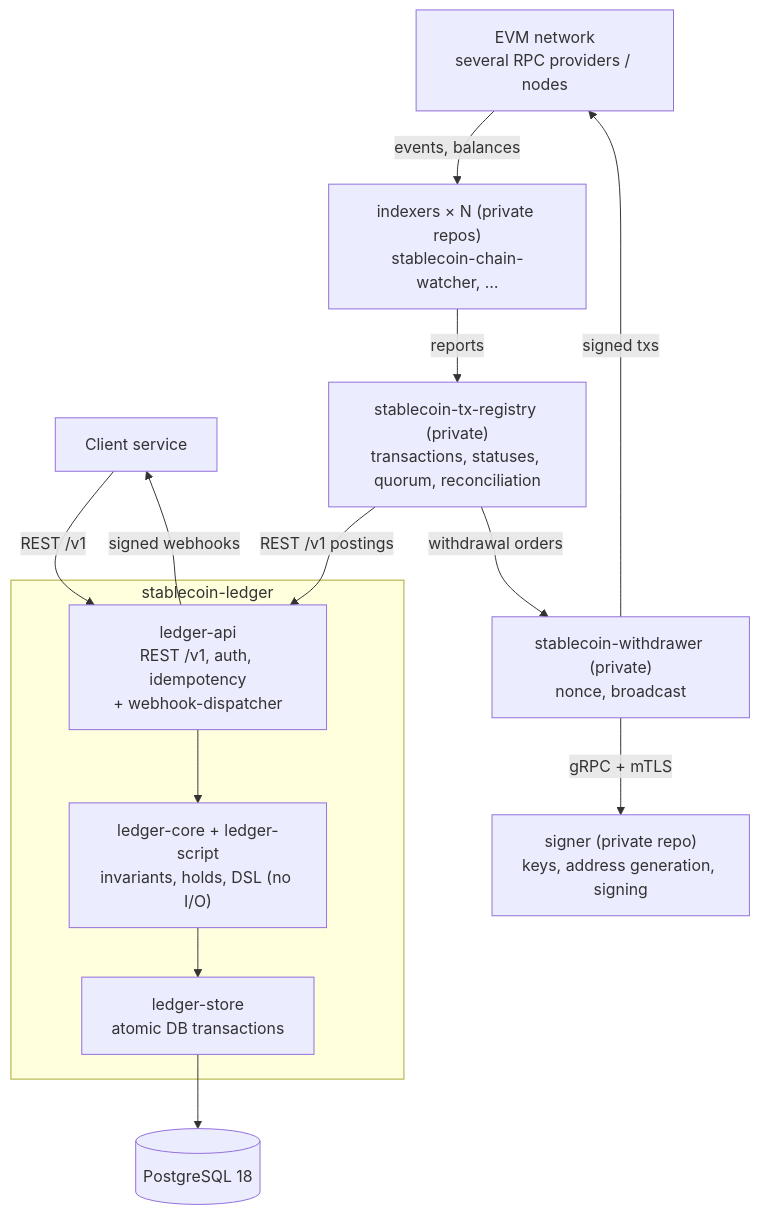
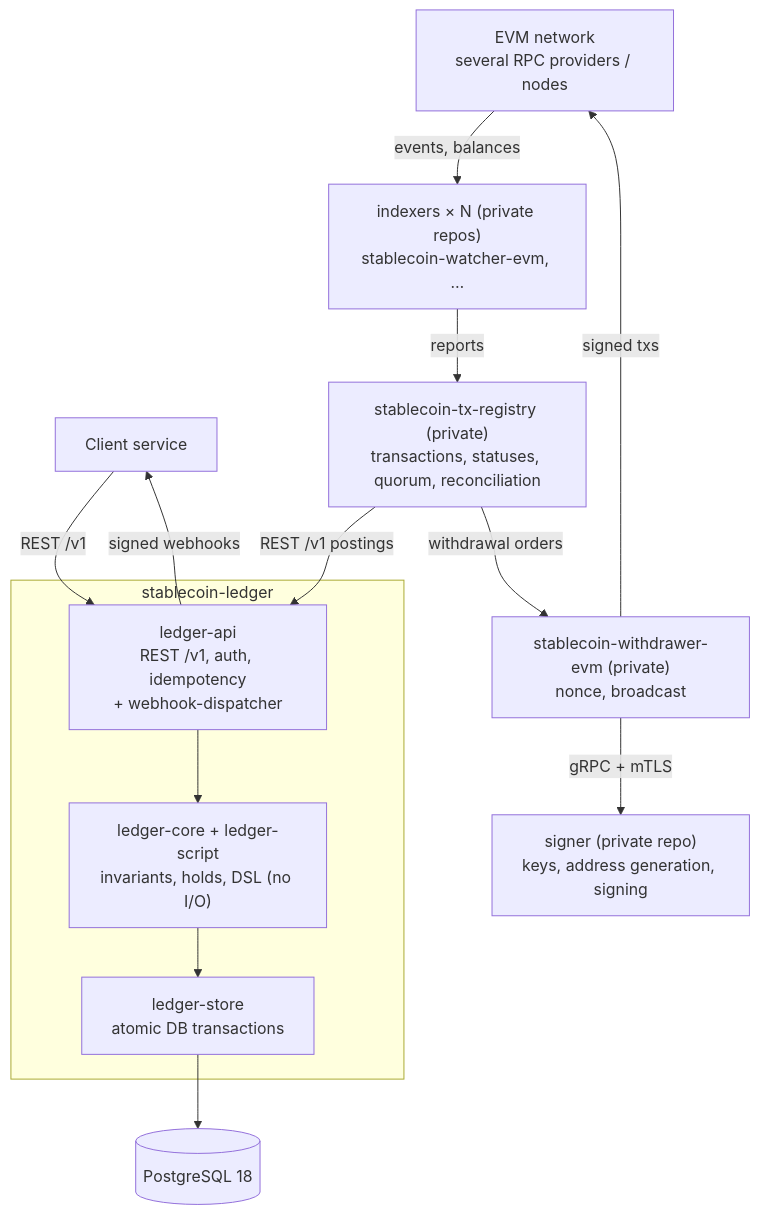
Before and after one commit to Next-Vector/stablecoin-ledger: the first of 7 diagrams in docs/architecture.md, drawn with Mermaid. The commit also changed other lines of this file and 4 other files, not shown here.

````diff
--- a/docs/architecture.md
+++ b/docs/architecture.md
@@ -7,29 +7,29 @@
 ```mermaid
 flowchart TB
     client[Client service]
     net["EVM network<br/>several RPC providers / nodes"]
-    idx["indexers × N (private repos)<br/>stablecoin-chain-watcher, …"]
+    idx["indexers × N (private repos)<br/>stablecoin-watcher-evm, …"]
     reg["stablecoin-tx-registry (private)<br/>transactions, statuses, quorum, reconciliation"]
-    wd["stablecoin-withdrawer (private)<br/>nonce, broadcast"]
+    wd["stablecoin-withdrawer-evm (private)<br/>nonce, broadcast"]
     signer["signer (private repo)<br/>keys, address generation, signing"]
 
     subgraph ledger [stablecoin-ledger]
         api["ledger-api<br/>REST /v1, auth, idempotency<br/>+ webhook-dispatcher"]
         core["ledger-core + ledger-script<br/>invariants, holds, DSL (no I/O)"]
         store["ledger-store<br/>atomic DB transactions"]
     end
 
     pg[(PostgreSQL 18)]
 
     client -- "REST /v1" --> api
     api -- "signed webhooks" --> client
     net -- "events, balances" --> idx
     idx -- "reports" --> reg
     reg -- "REST /v1 postings" --> api
     reg -- "withdrawal orders" --> wd
     wd -- "gRPC + mTLS" --> signer
     wd -- "signed txs" --> net
 
     api --> core
     core --> store --> pg
 ```
````
